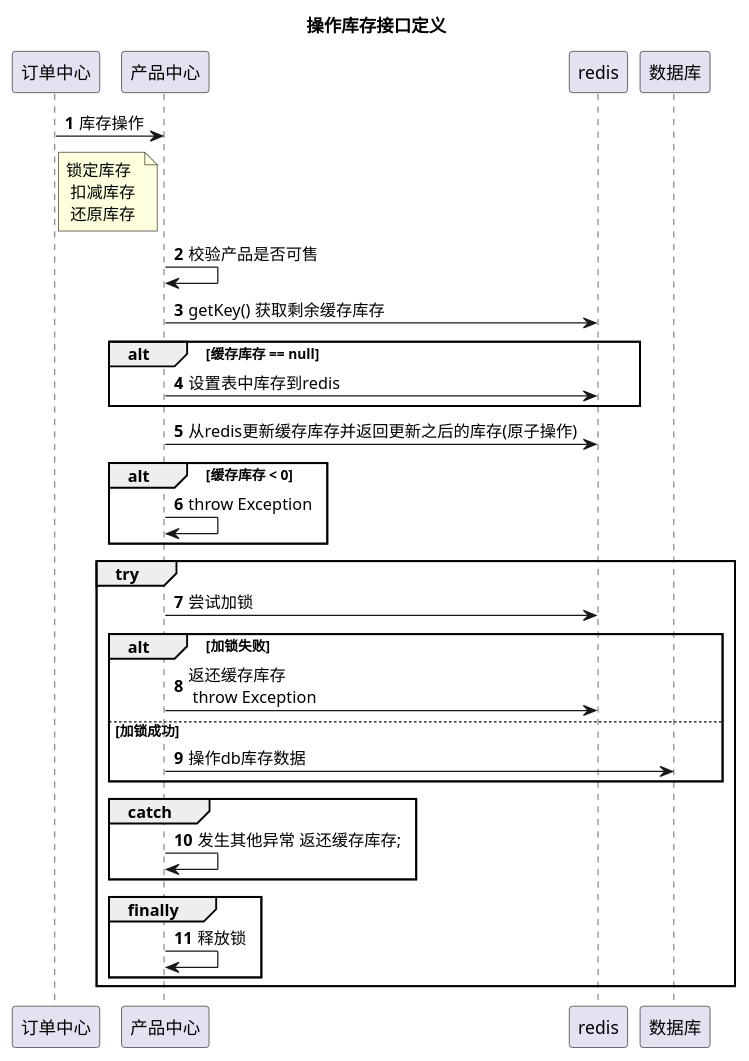
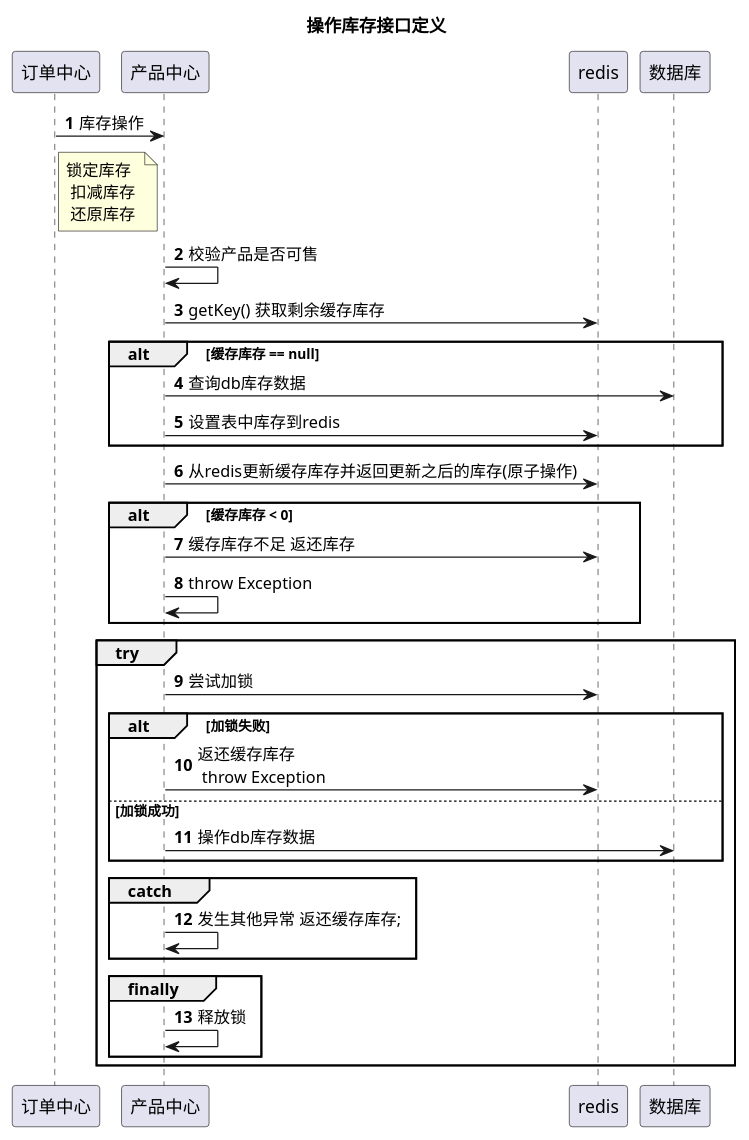
One commit to learnxin/testdemo changed the diagram in src/main/resources/plantuml/nh/lession_subscribe.puml. Above: the diagram before and after it, drawn with PlantUML.

Commit message:
库存时序

```diff
--- a/src/main/resources/plantuml/nh/lession_subscribe.puml
+++ b/src/main/resources/plantuml/nh/lession_subscribe.puml
@@ -1,40 +1,42 @@
 @startuml
 title 操作库存接口定义
 
 autonumber
 participant "订单中心" as vc
 participant "产品中心" as cpm
 participant "redis" as redis
 participant "数据库" as db
 
 vc -> cpm: 库存操作
 note left of cpm:锁定库存 \n 扣减库存 \n 还原库存
 cpm -> cpm: 校验产品是否可售
 cpm -> redis: getKey() 获取剩余缓存库存
 alt 缓存库存 == null
+cpm -> db :查询db库存数据
 cpm -> redis:  设置表中库存到redis
 end
 cpm -> redis: 从redis更新缓存库存并返回更新之后的库存(原子操作)
 alt 缓存库存 < 0
+cpm -> redis: 缓存库存不足 返还库存
 cpm->cpm :throw Exception
 end
 
 group try
 'cpm->cpm:// 尝试加锁\nboolean isLocked = lock.tryLock(500, 1000, TimeUnit.MILLISECONDS);\n//    加锁失败 返还名额 throw ex\n        if (!isLocked) {\n                         cacheManager.atomicGetAndAdd(key, -num);\n                         throw new VcRpcException(CommonResponseCode.LockFailure);\n                     }        \n                     // 更新课程剩余名额\n                     trainDo.setScale(scale);\n                     trainService.updateTrain(trainDo, clientInfo);
 cpm->redis:尝试加锁
 alt 加锁失败
 cpm -> redis:返还缓存库存 \n throw Exception
 else 加锁成功
 cpm -> db :操作db库存数据
 end
 group catch
 cpm -> cpm: 发生其他异常 返还缓存库存;
 
 end
 
 group finally
 cpm -> cpm: 释放锁
 end
 end
 
 @enduml
```
